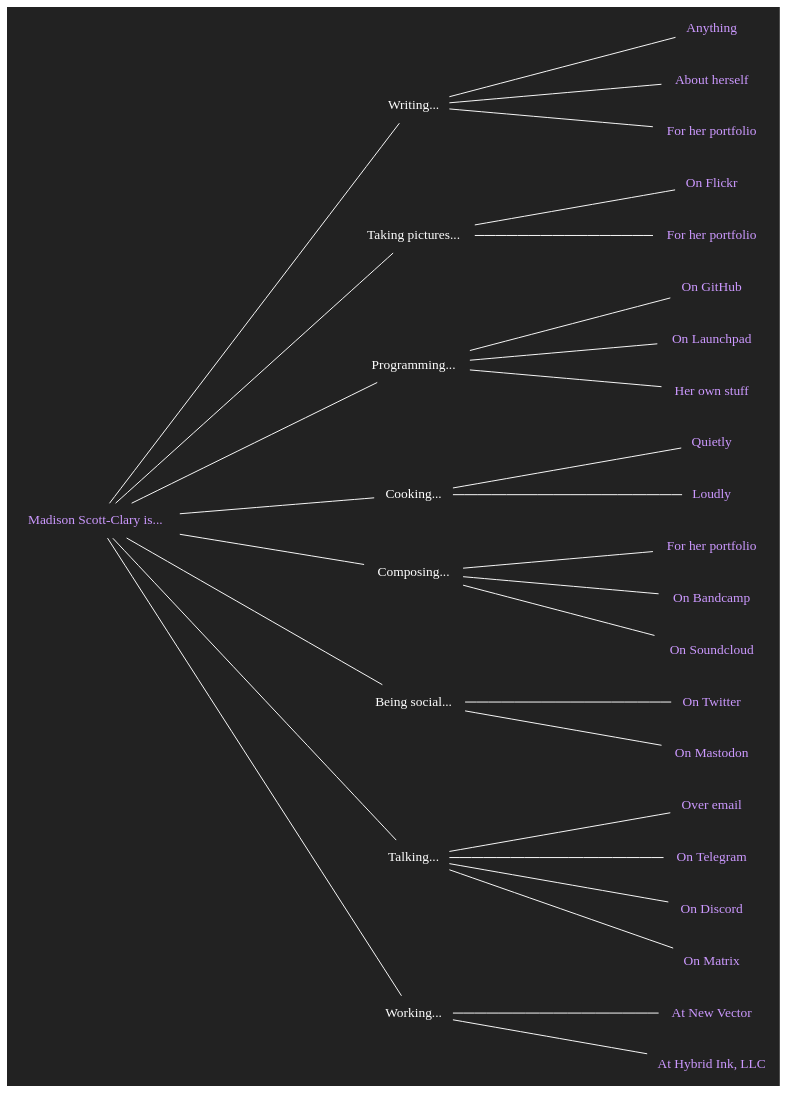
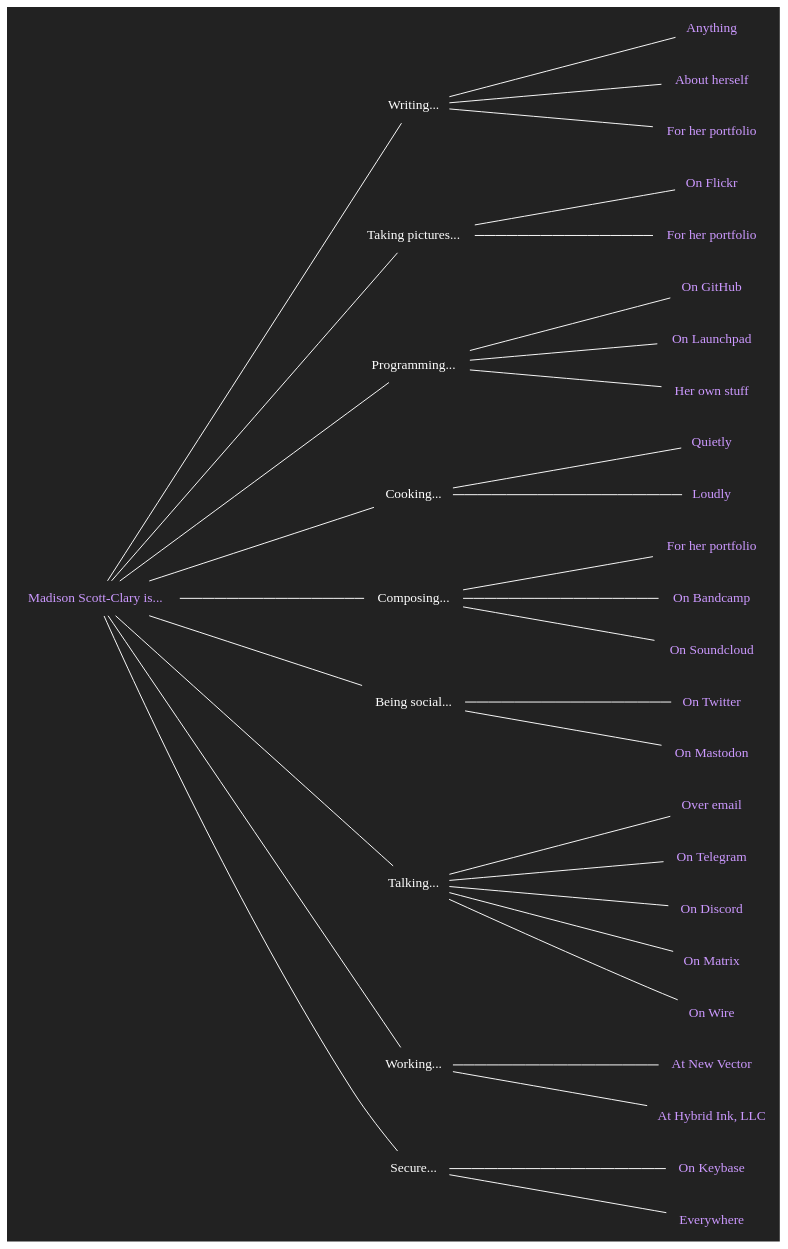
Before and after one commit to makyo/makyo.is: the diagram in is.dot, drawn with Graphviz. The commit also changed 6 other files, not shown here.

Commit message:
Update graph

```diff
--- a/is.dot
+++ b/is.dot
@@ -1,73 +1,58 @@
 graph is {
     node[shape="none",fontcolor="#ffffff",color="#ffffff",fontname="Helvetica bold"]
     edge[color="#ffffff"]
     graph[bgcolor="#222222",label="",margin="0",rankdir="LR",ranksep=2.5]
 
     copula [label="Madison Scott-Clary is...",fontcolor="#cc99ff",href="https://drab-makyo.com?pk_campaign=source&pk_kwd=makyo.is"]
 
     writing [label="Writing..."]
     writing_anything [label="Anything",fontcolor="#cc99ff",href="https://writing.drab-makyo.com?pk_campaign=source&pk_kwd=makyo.is"]
     writing_ally [label="About herself",fontcolor="#cc99ff",href="https://ally.id?pk_campaign=source&pk_kwd=makyo.is"]
     writing_portfolio [label="For her portfolio",fontcolor="#cc99ff",href="https://makyo.ink?pk_campaign=source&pk_kwd=makyo.is"]
-    copula -- writing
-    writing -- writing_anything
-    writing -- writing_ally
-    writing -- writing_portfolio
+    copula -- writing -- { writing_anything, writing_ally, writing_portfolio }
 
     photography [label="Taking pictures..."]
     photography_flickr [label="On Flickr",fontcolor="#cc99ff",href="https://flickr.com/photos/ranna"]
     photography_portfolio [label="For her portfolio",fontcolor="#cc99ff",href="https://makyo.photography"]
-    copula -- photography
-    photography -- photography_portfolio
-    photography -- photography_flickr
+    copula -- photography -- { photography_flickr, photography_portfolio }
 
     programming [label="Programming..."]
     programming_github [label="On GitHub",fontcolor="#cc99ff",href="https://github.com/makyo"]
     programming_launchpad [label="On Launchpad",fontcolor="#cc99ff",href="https://launchpad.net/~makyo"]
     programming_personal [label="Her own stuff",fontcolor="#cc99ff",href="https://makyo.dev"]
-    copula -- programming
-    programming -- programming_github
-    programming -- programming_launchpad
-    programming -- programming_personal
+    copula -- programming -- { programming_github, programming_launchpad, programming_personal }
 
     cooking [label="Cooking..."]
     cooking_quietly [label="Quietly",fontcolor="#cc99ff",href="https://makyo.cooking?pk_campaign=source&pk_kwd=makyo.is"]
     cooking_loudly [label="Loudly",fontcolor="#cc99ff",href="https://mealtime.with.maddypa.ws?pk_campaign=source&pk_kwd=makyo.is"]
-    copula -- cooking
-    cooking -- cooking_quietly
-    cooking -- cooking_loudly
+    copula -- cooking -- { cooking_quietly, cooking_loudly }
 
     composing [label="Composing..."]
     composing_portfolio [label="For her portfolio",fontcolor="#cc99ff",href="https://sounds.drab-makyo.com?pk_campaign=source&pk_kwd=makyo.is"]
     composing_bandcamp [label="On Bandcamp",fontcolor="#cc99ff",href="https://drab-makyo.bandcamp.com"]
     composing_soundcloud [label="On Soundcloud",fontcolor="#cc99ff",href="https://soundcloud.com/drabmakyo"]
-    copula -- composing
-    composing -- composing_portfolio
-    composing -- composing_bandcamp
-    composing -- composing_soundcloud
+    copula -- composing -- { composing_portfolio, composing_bandcamp, composing_soundcloud }
 
     social [label="Being social..."]
     social_twitter [label="On Twitter",fontcolor="#cc99ff",href="https://twitter.com/drab_makyo"]
     social_mastodon [label="On Mastodon",fontcolor="#cc99ff",href="https://snouts.online/@makyo"]
-    copula -- social
-    social -- social_twitter
-    social -- social_mastodon
+    copula -- social -- { social_twitter, social_mastodon }
 
     talking [label="Talking..."]
     talking_email [label="Over email",fontcolor="#cc99ff",href="mailto:makyo@drab-makyo.com"]
     talking_telegram [label="On Telegram",fontcolor="#cc99ff",href="https://t.me/DrabMakyo"]
     talking_discord [label="On Discord",fontcolor="#cc99ff",href="/discord",title="Makyo#7093"]
     talking_matrix [label="On Matrix",fontcolor="#cc99ff",href="https://matrix.to/#/@makyo:drab-makyo.com"]
-    copula -- talking
-    talking -- talking_email
-    talking -- talking_telegram
-    talking -- talking_discord
-    talking -- talking_matrix
+    talking_wire [label="On Wire",fontcolor="#cc99ff",href="/wire",title="@makyo"]
+    copula -- talking -- { talking_email, talking_telegram, talking_discord, talking_matrix, talking_wire }
 
     working [label="Working..."]
     working_current [label="At New Vector",fontcolor="#cc99ff",href="https://vector.im"]
     working_hybrid [label="At Hybrid Ink, LLC",fontcolor="#cc99ff",href="https://hybrid.ink?pk_campaign=source&pk_kwd=makyo.is"]
-    copula -- working
-    working -- working_current
-    working -- working_hybrid
+    copula -- working -- { working_current, working_hybrid }
+
+    secure [label="Secure..."]
+    secure_keybase [label="On Keybase",fontcolor="#cc99ff",href="https://keybase.io/makyo"]
+    secure_everywhere [label="Everywhere",fontcolor="#cc99ff",href="https://drab-makyo.com/pgp"]
+    copula -- secure -- { secure_everywhere, secure_keybase }
 }
```
